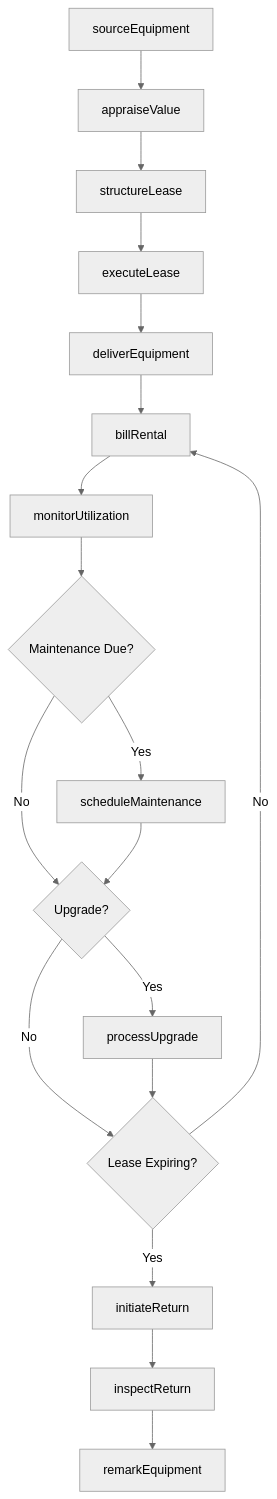
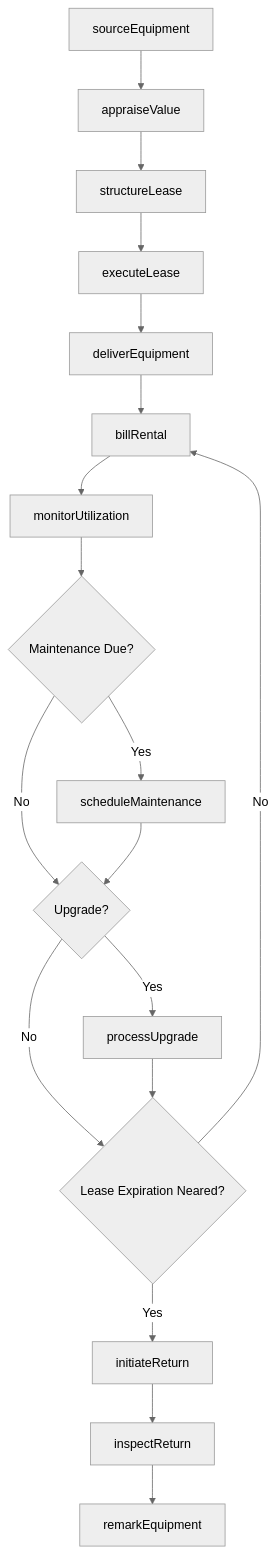
Before and after one commit to dot-org-ai/industries.org.ai: the first of 2 diagrams in RealEstate/RentalAndLeasingServices/CommercialAndIndustrialMachineryAndEquipmentRentalAndLeasing/OtherCommercialAndIndustrialMachineryAndEquipmentRentalAndLeasing.mdx, drawn with Mermaid (neutral theme). The commit also changed other lines of this file and 588 other files, not shown here.

````diff
--- a/RealEstate/RentalAndLeasingServices/CommercialAndIndustrialMachineryAndEquipmentRentalAndLeasing/OtherCommercialAndIndustrialMachineryAndEquipmentRentalAndLeasing.mdx
+++ b/RealEstate/RentalAndLeasingServices/CommercialAndIndustrialMachineryAndEquipmentRentalAndLeasing/OtherCommercialAndIndustrialMachineryAndEquipmentRentalAndLeasing.mdx
@@ -112,20 +112,20 @@
 ```mermaid
 graph TD
     A[sourceEquipment] --> B[appraiseValue]
     B --> C[structureLease]
     C --> D[executeLease]
     D --> E[deliverEquipment]
     E --> F[billRental]
     F --> G[monitorUtilization]
     G --> H{Maintenance Due?}
     H -->|Yes| I[scheduleMaintenance]
     H -->|No| J{Upgrade?}
     I --> J
     J -->|Yes| K[processUpgrade]
-    J -->|No| L{Lease Expiring?}
+    J -->|No| L{Lease Expiration Neared?}
     K --> L
     L -->|Yes| M[initiateReturn]
     L -->|No| F
     M --> N[inspectReturn]
     N --> O[remarkEquipment]
 ```
````
